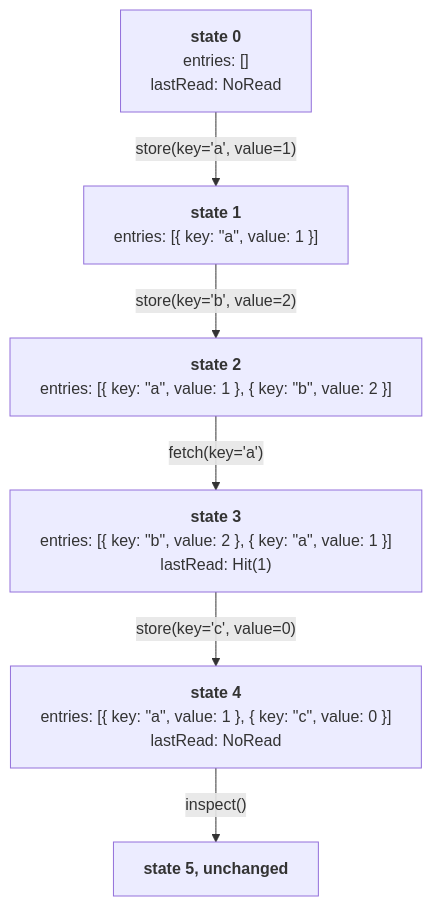
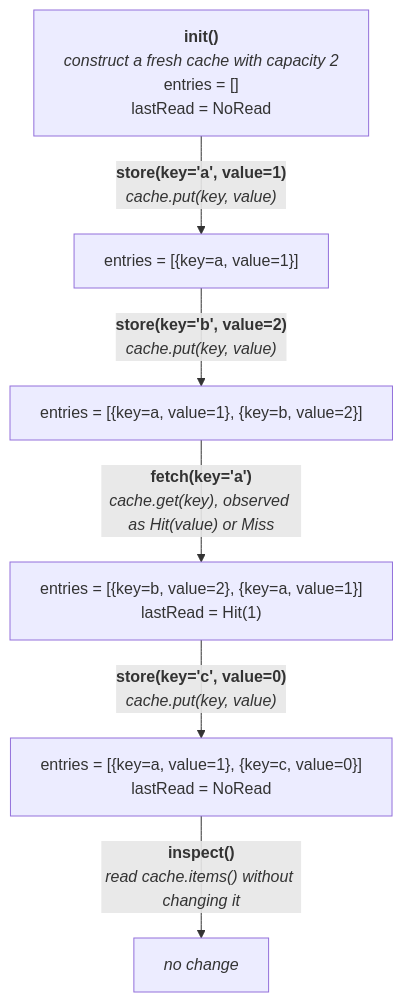
The first of 2 diagrams in README.md (gigaverse-app/pytest-quint-connect), drawn with Mermaid before and after one commit. The commit also changed other lines of this file and 3 other files, not shown here.

````diff
--- a/README.md
+++ b/README.md
@@ -273,15 +273,15 @@
 ```mermaid
 %%{init: {"flowchart": {"wrappingWidth": 420}}}%%
 flowchart TD
-  s0["<b>state 0</b><br>entries: []<br>lastRead: NoRead"]
-  s1["<b>state 1</b><br>entries: [#123; key: #34;a#34;, value: 1 #125;]"]
-  s0 -->|"store(key='a', value=1)"| s1
-  s2["<b>state 2</b><br>entries: [#123; key: #34;a#34;, value: 1 #125;, #123; key: #34;b#34;, value: 2 #125;]"]
-  s1 -->|"store(key='b', value=2)"| s2
-  s3["<b>state 3</b><br>entries: [#123; key: #34;b#34;, value: 2 #125;, #123; key: #34;a#34;, value: 1 #125;]<br>lastRead: Hit(1)"]
-  s2 -->|"fetch(key='a')"| s3
-  s4["<b>state 4</b><br>entries: [#123; key: #34;a#34;, value: 1 #125;, #123; key: #34;c#34;, value: 0 #125;]<br>lastRead: NoRead"]
-  s3 -->|"store(key='c', value=0)"| s4
-  s5["<b>state 5, unchanged</b>"]
-  s4 -->|"inspect()"| s5
+  s0["<b>init()</b><br><i>construct a fresh cache with capacity 2</i><br>entries = []<br>lastRead = NoRead"]
+  s1["entries = [#123;key=a, value=1#125;]"]
+  s0 -->|"<b>store(key='a', value=1)</b><br><i>cache.put(key, value)</i>"| s1
+  s2["entries = [#123;key=a, value=1#125;, #123;key=b, value=2#125;]"]
+  s1 -->|"<b>store(key='b', value=2)</b><br><i>cache.put(key, value)</i>"| s2
+  s3["entries = [#123;key=b, value=2#125;, #123;key=a, value=1#125;]<br>lastRead = Hit(1)"]
+  s2 -->|"<b>fetch(key='a')</b><br><i>cache.get(key), observed as Hit(value) or Miss</i>"| s3
+  s4["entries = [#123;key=a, value=1#125;, #123;key=c, value=0#125;]<br>lastRead = NoRead"]
+  s3 -->|"<b>store(key='c', value=0)</b><br><i>cache.put(key, value)</i>"| s4
+  s5["<i>no change</i>"]
+  s4 -->|"<b>inspect()</b><br><i>read cache.items() without changing it</i>"| s5
 ```
````
